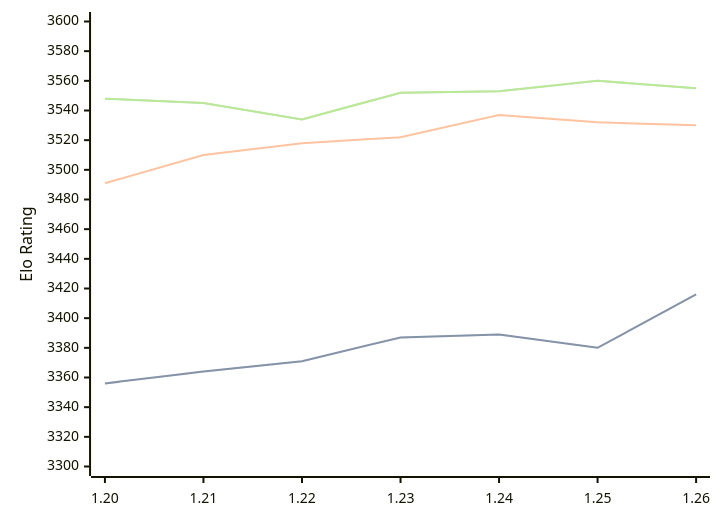
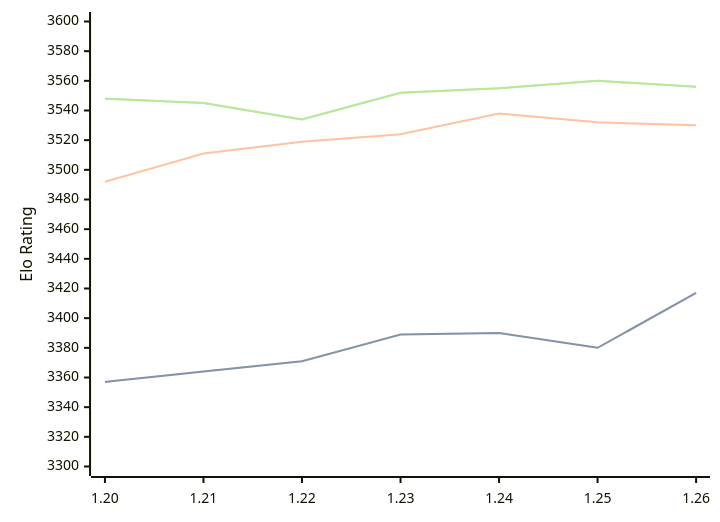
The diagram in engines/Caissa.md (computer-chess-index/cci), drawn with Mermaid before and after one commit. The commit also changed other lines of this file, not shown here.

Commit message:
Update CCI Ratings (ELO VLTC) - 2026-08-29

````diff
--- a/engines/Caissa.md
+++ b/engines/Caissa.md
@@ -37,11 +37,11 @@
 ```mermaid
 %%{init: {"theme":"base","themeVariables":{"seriesColors:['#a3a3a3','#222221','#faa371']}}}%%
 xychart-beta
   x-axis ["1.20", "1.21", "1.22", "1.23", "1.24", "1.25", "1.26"]
   y-axis "Elo Rating" 3300 --> 3600
-  line "" [3356, 3364, 3371, 3387, 3389, 3380, 3416]
-  line "STC (8.0+0.08s)" [3356, 3364, 3371, 3387, 3389, 3380, 3416]
-  line "LTC (60.0+0.60s)" [3491, 3510, 3518, 3522, 3537, 3532, 3530]
-  line "" [3548, 3545, 3534, 3552, 3553, 3560, 3555]
-  line "VLTC (2m24s+1.12s)" [3548, 3545, 3534, 3552, 3553, 3560, 3555]
+  line "" [3357, 3364, 3371, 3389, 3390, 3380, 3417]
+  line "STC (8.0+0.08s)" [3357, 3364, 3371, 3389, 3390, 3380, 3417]
+  line "LTC (60.0+0.60s)" [3492, 3511, 3519, 3524, 3538, 3532, 3530]
+  line "" [3548, 3545, 3534, 3552, 3555, 3560, 3556]
+  line "VLTC (2m24s+1.12s)" [3548, 3545, 3534, 3552, 3555, 3560, 3556]
 ```
````
